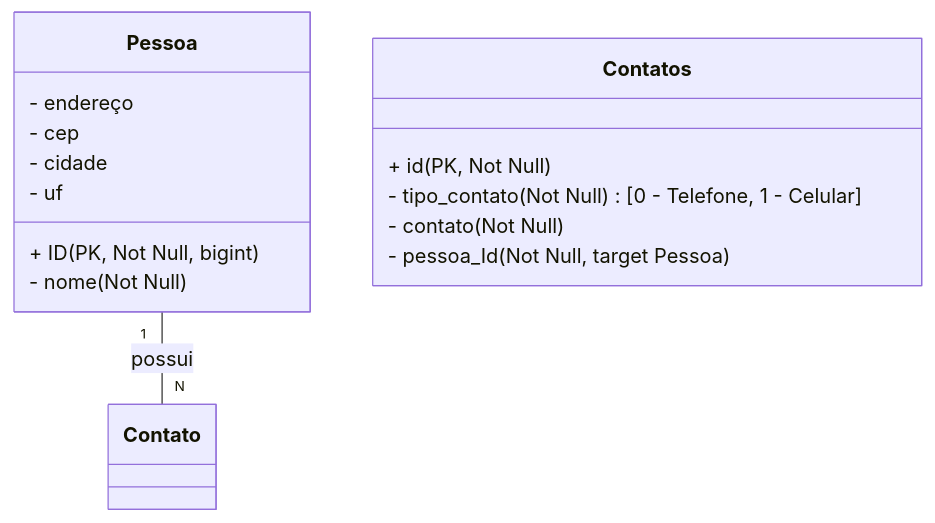
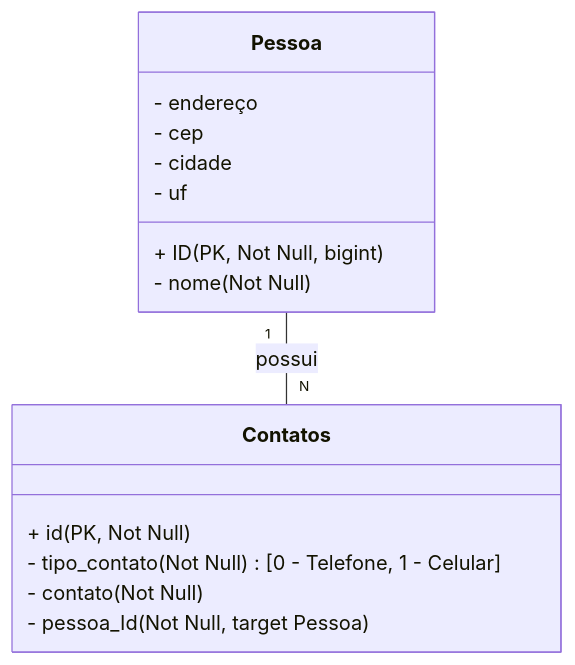
The diagram in README.md (silvamaciel/ProjetoJava-Minsait), drawn with Mermaid before and after one commit.

````diff
--- a/README.md
+++ b/README.md
@@ -10,20 +10,20 @@
 ```mermaid
 classDiagram
   class Pessoa {
     + ID (PK, Not Null, bigint)
     - nome (Not Null)
     - endereço
     - cep
     - cidade
     - uf
   }
 
   class Contatos {
     + id (PK, Not Null)
     - tipo_contato (Not Null) [0 - Telefone, 1 - Celular]
     - contato (Not Null)
     - pessoa_Id (Not Null, target Pessoa)
   }
 
-  Pessoa "1" -- "N" Contato : possui
+  Pessoa "1" -- "N" Contatos : possui
 ```
````
